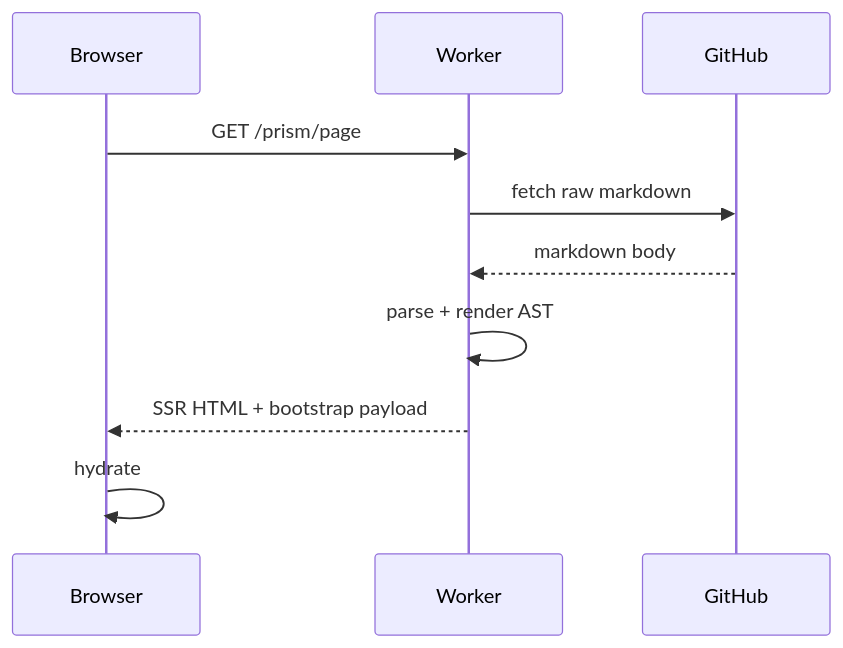
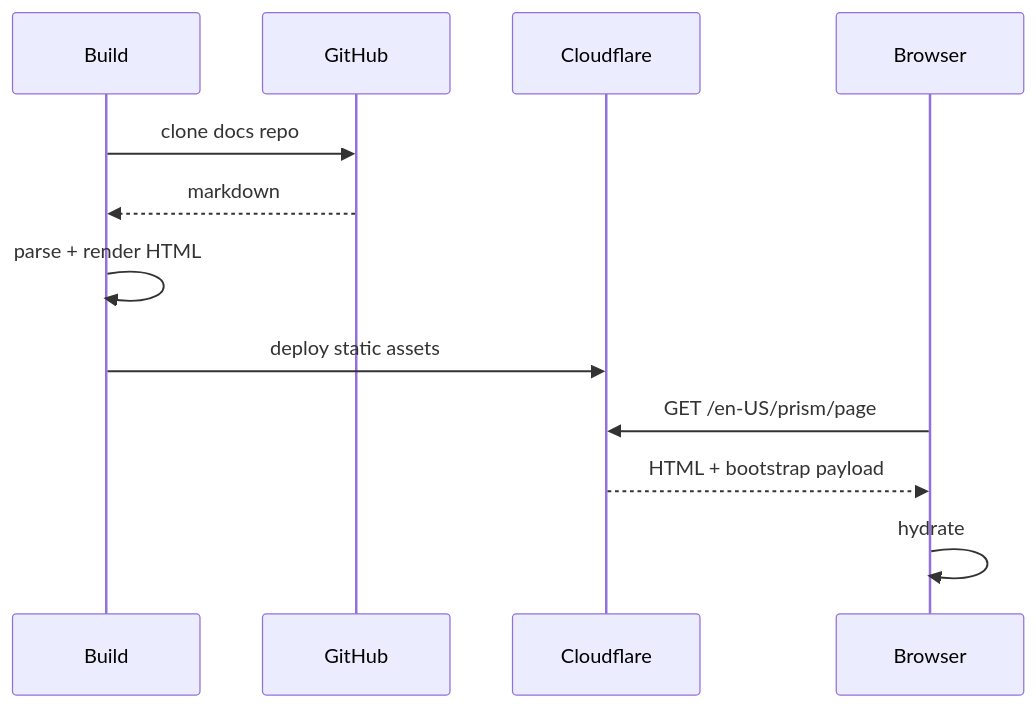
The second of 5 diagrams in app/local-docs/vl-handbook/tests/mermaid.md (siiway/vellum), drawn with Mermaid before and after one commit. The commit also changed other lines of this file and 105 other files, not shown here.

First line of the commit message:
feat!: build a static site served from Workers static assets

````diff
--- a/app/local-docs/vl-handbook/tests/mermaid.md
+++ b/app/local-docs/vl-handbook/tests/mermaid.md
@@ -27,12 +27,14 @@
 ```mermaid
 sequenceDiagram
+    participant Build
+    participant GitHub
+    participant Cloudflare
     participant Browser
-    participant Worker
-    participant GitHub
-    Browser->>Worker: GET /prism/page
-    Worker->>GitHub: fetch raw markdown
-    GitHub-->>Worker: markdown body
-    Worker->>Worker: parse + render AST
-    Worker-->>Browser: SSR HTML + bootstrap payload
+    Build->>GitHub: clone docs repo
+    GitHub-->>Build: markdown
+    Build->>Build: parse + render HTML
+    Build->>Cloudflare: deploy static assets
+    Browser->>Cloudflare: GET /en-US/prism/page
+    Cloudflare-->>Browser: HTML + bootstrap payload
     Browser->>Browser: hydrate
 ```
````
